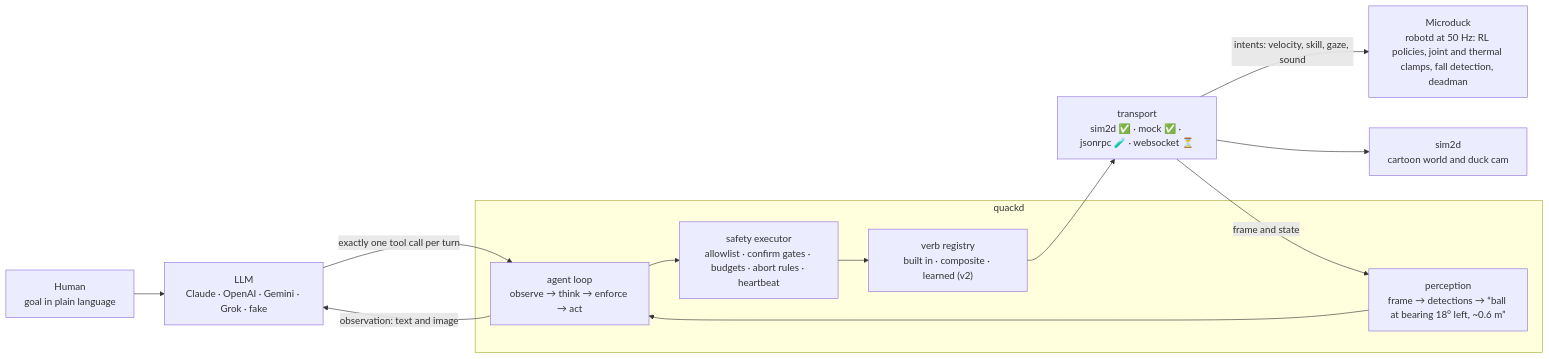
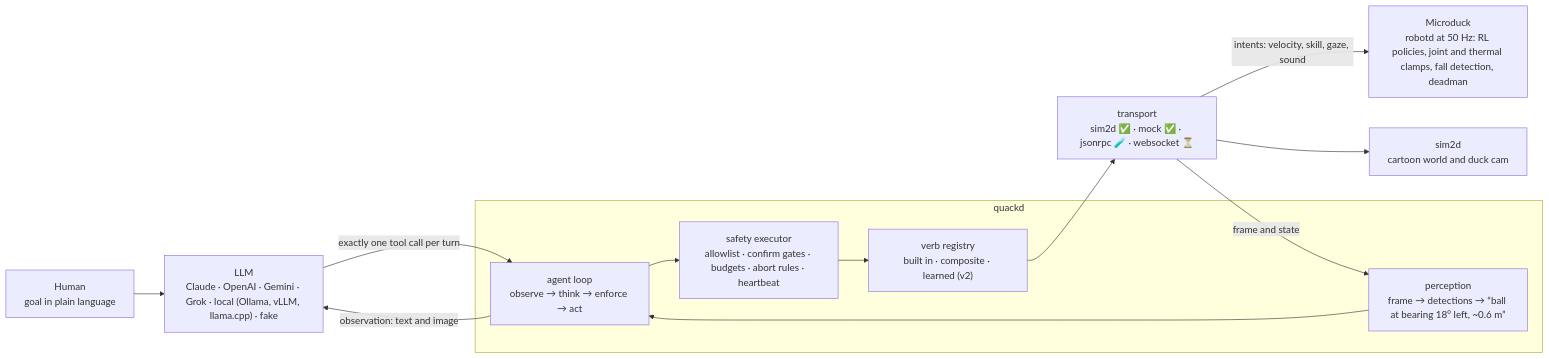
The second of 3 diagrams in README.md (gianlucamazza/quackd), drawn with Mermaid before and after one commit. The commit also changed other lines of this file and 6 other files, not shown here.

````diff
--- a/README.md
+++ b/README.md
@@ -156,21 +162,21 @@
 ```mermaid
 flowchart LR
     HUMAN["Human<br/>goal in plain language"]
-    LLM["LLM<br/>Claude · OpenAI · Gemini · Grok · fake"]
+    LLM["LLM<br/>Claude · OpenAI · Gemini · Grok · local (Ollama, vLLM, llama.cpp) · fake"]
     subgraph quackd
         LOOP["agent loop<br/>observe → think → enforce → act"]
         EXEC["safety executor<br/>allowlist · confirm gates · budgets · abort rules · heartbeat"]
         VERBS["verb registry<br/>built in · composite · learned (v2)"]
         PERC["perception<br/>frame → detections → “ball at bearing 18° left, ~0.6 m”"]
     end
     TRANSPORT["transport<br/>sim2d ✅ · mock ✅ · jsonrpc 🧪 · websocket ⏳"]
     ROBOT["Microduck<br/>robotd at 50 Hz: RL policies, joint and thermal clamps, fall detection, deadman"]
     SIM["sim2d<br/>cartoon world and duck cam"]
     HUMAN --> LLM
     LLM -- "exactly one tool call per turn" --> LOOP
     LOOP --> EXEC --> VERBS --> TRANSPORT
     TRANSPORT -- "intents: velocity, skill, gaze, sound" --> ROBOT
     TRANSPORT --> SIM
     TRANSPORT -- "frame and state" --> PERC --> LOOP
     LOOP -- "observation: text and image" --> LLM
 ```
````
